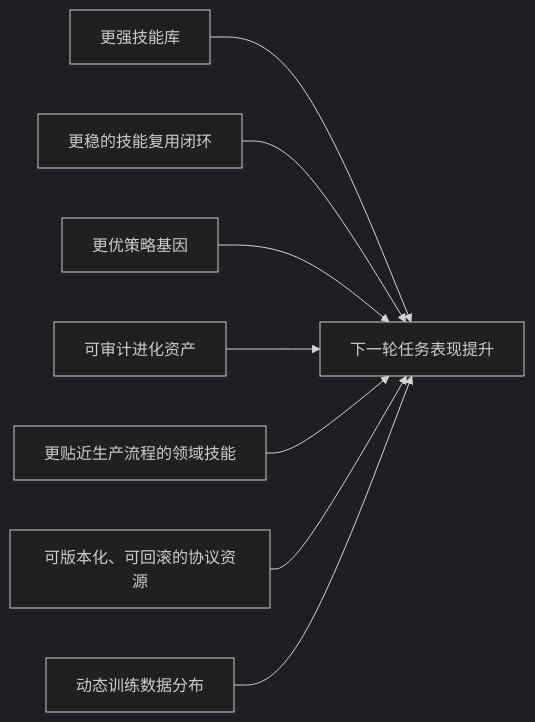
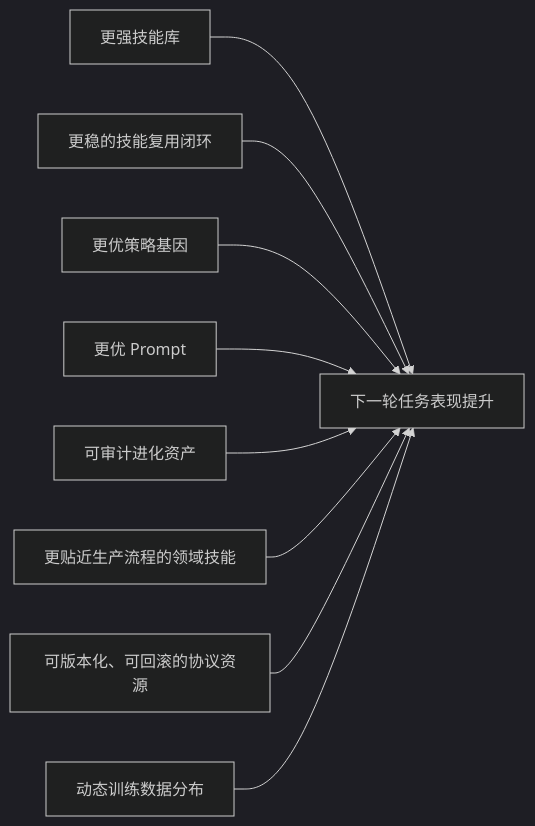
Diagram 12 of 20 in docs/agent-engineering/self-evolve/路线总览.md (pofossette/guidebooks), drawn with Mermaid (dark theme) before and after one commit. The commit also changed other lines of this file and 11 other files, not shown here.

````diff
--- a/docs/agent-engineering/self-evolve/路线总览.md
+++ b/docs/agent-engineering/self-evolve/路线总览.md
@@ -218,10 +241,11 @@
 ```mermaid
 flowchart LR
     E1[更强技能库] --> F[下一轮任务表现提升]
     E2[更稳的技能复用闭环] --> F
     E3[更优策略基因] --> F
+    E3a[更优 Prompt] --> F
     E4[可审计进化资产] --> F
     E5[更贴近生产流程的领域技能] --> F
     E6[可版本化、可回滚的协议资源] --> F
     E6a[动态训练数据分布] --> F
 ```
````
